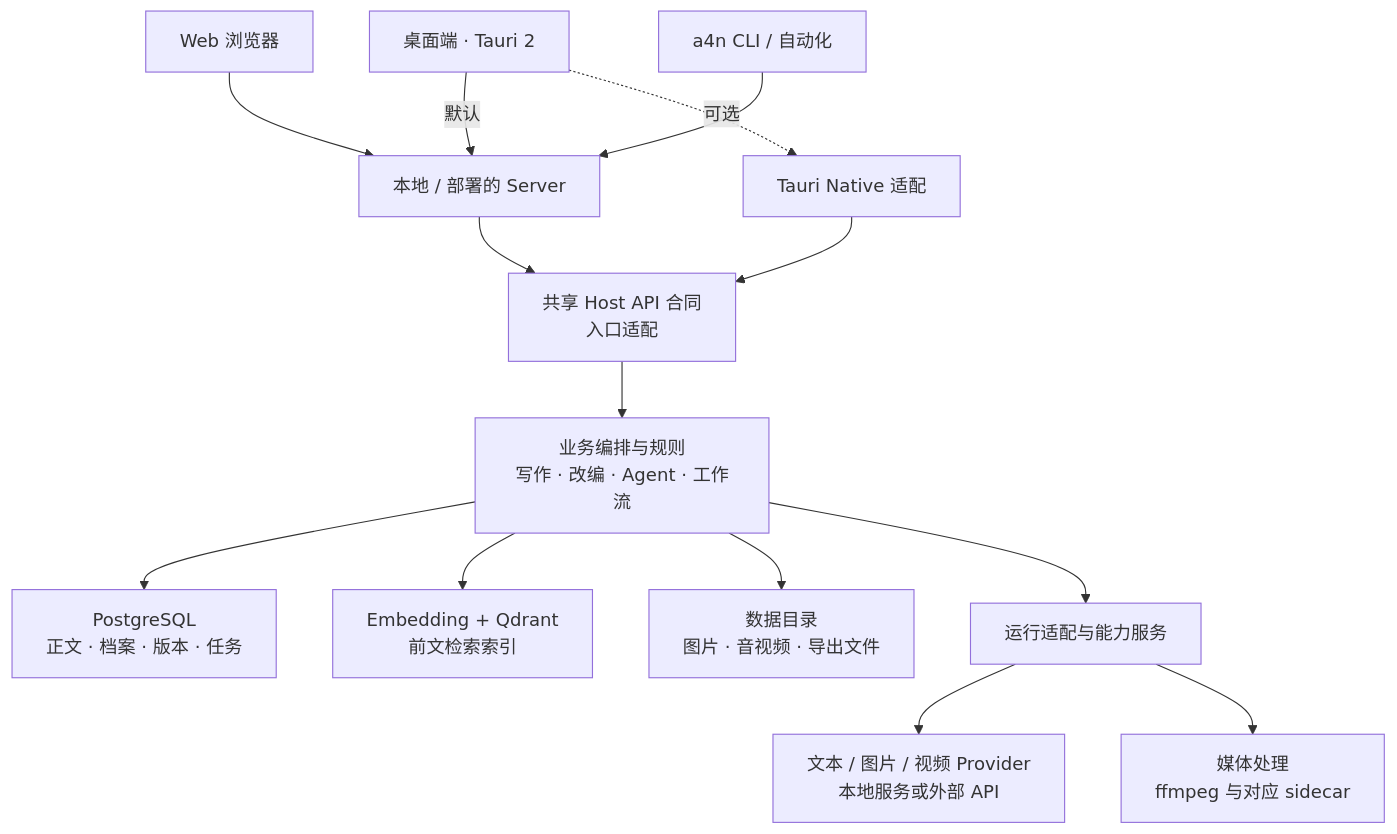
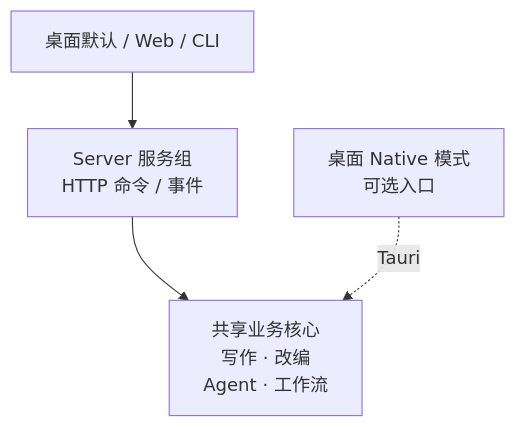
One commit to GTJasonMK/A4N changed diagram 16 of 18 in README.md. Above: the diagram before and after it, drawn with Mermaid. The commit also changed other lines of this file and 2 other files, not shown here.

First line of the commit message:
docs: fix README diagram flows and mobile readability

````diff
--- a/README.md
+++ b/README.md
@@ -264,18 +281,8 @@
 ```mermaid
 flowchart TB
-  accTitle: 多端入口、业务核心、数据和模型能力的架构
-  accDescr: 桌面默认连接本地 Server，Web 和 CLI 也通过 Server 进入共享业务核心；Tauri Native 是另一适配入口。业务通过各自边界访问数据库、索引、文件和模型能力，此图不是 Rust 直接依赖图。
-  desktop["桌面端 · Tauri 2"] -->|默认| server["本地 / 部署的 Server"]
-  web["Web 浏览器"] --> server
-  cli["a4n CLI / 自动化"] --> server
-  desktop -.->|可选| native["Tauri Native 适配"]
-  server --> host["共享 Host API 合同<br/>入口适配"]
-  native --> host
-  host --> business["业务编排与规则<br/>写作 · 改编 · Agent · 工作流"]
-  business --> db["PostgreSQL<br/>正文 · 档案 · 版本 · 任务"]
-  business --> rag["Embedding + Qdrant<br/>前文检索索引"]
-  business --> files["数据目录<br/>图片 · 音视频 · 导出文件"]
-  business --> runtime["运行适配与能力服务"]
-  runtime --> models["文本 / 图片 / 视频 Provider<br/>本地服务或外部 API"]
-  runtime --> media["媒体处理<br/>ffmpeg 与对应 sidecar"]
+  accTitle: 多端入口如何进入共享业务核心
+  accDescr: 桌面默认模式、Web 和 CLI 通过 Server 服务组进入业务核心；桌面可选 Native 模式走 Tauri 命令适配。两条入口受共享 Host API 合同约束，合同本身不是独立运行服务。
+  clients["桌面默认 / Web / CLI"] --> server["Server 服务组<br/>HTTP 命令 / 事件"]
+  server --> business["共享业务核心<br/>写作 · 改编<br/>Agent · 工作流"]
+  native["桌面 Native 模式<br/>可选入口"] -.->|Tauri| business
 ```
````
